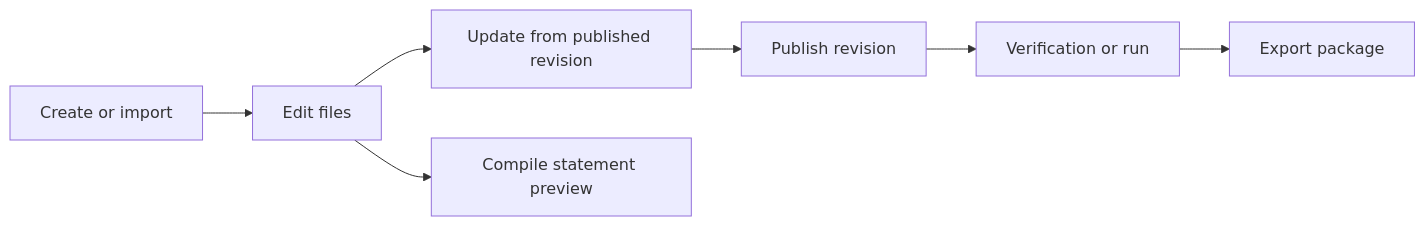
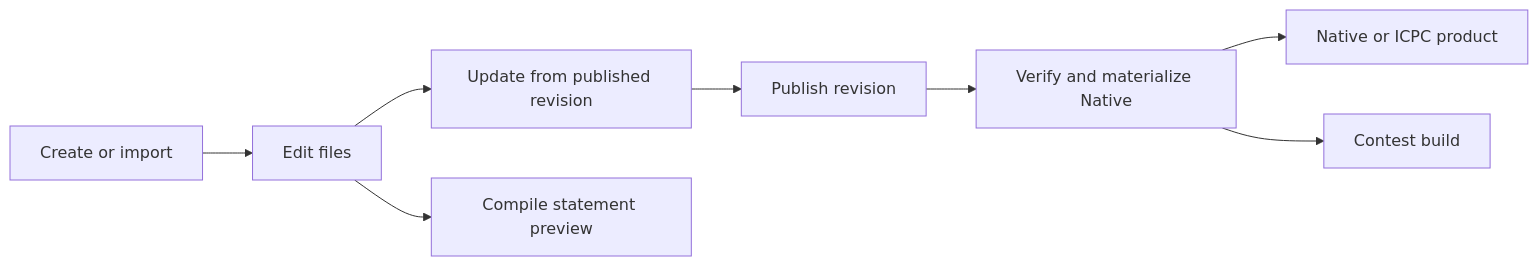
Before and after one commit to fstqwq/Polygon-Replica: the first of 2 diagrams in docs/problem-workflow.md, drawn with Mermaid. The commit also changed other lines of this file and 47 other files, not shown here.

````diff
--- a/docs/problem-workflow.md
+++ b/docs/problem-workflow.md
@@ -5,9 +5,10 @@
 ```mermaid
 graph LR
     Create[Create or import] --> Edit[Edit files]
     Edit --> Merge[Update from published revision]
     Merge --> Commit[Publish revision]
-    Commit --> Verify[Verification or run]
-    Verify --> Export[Export package]
+    Commit --> Materialize[Verify and materialize Native]
+    Materialize --> Export[Native or ICPC product]
+    Materialize --> Contest[Contest build]
     Edit --> Preview[Compile statement preview]
 ```
````
